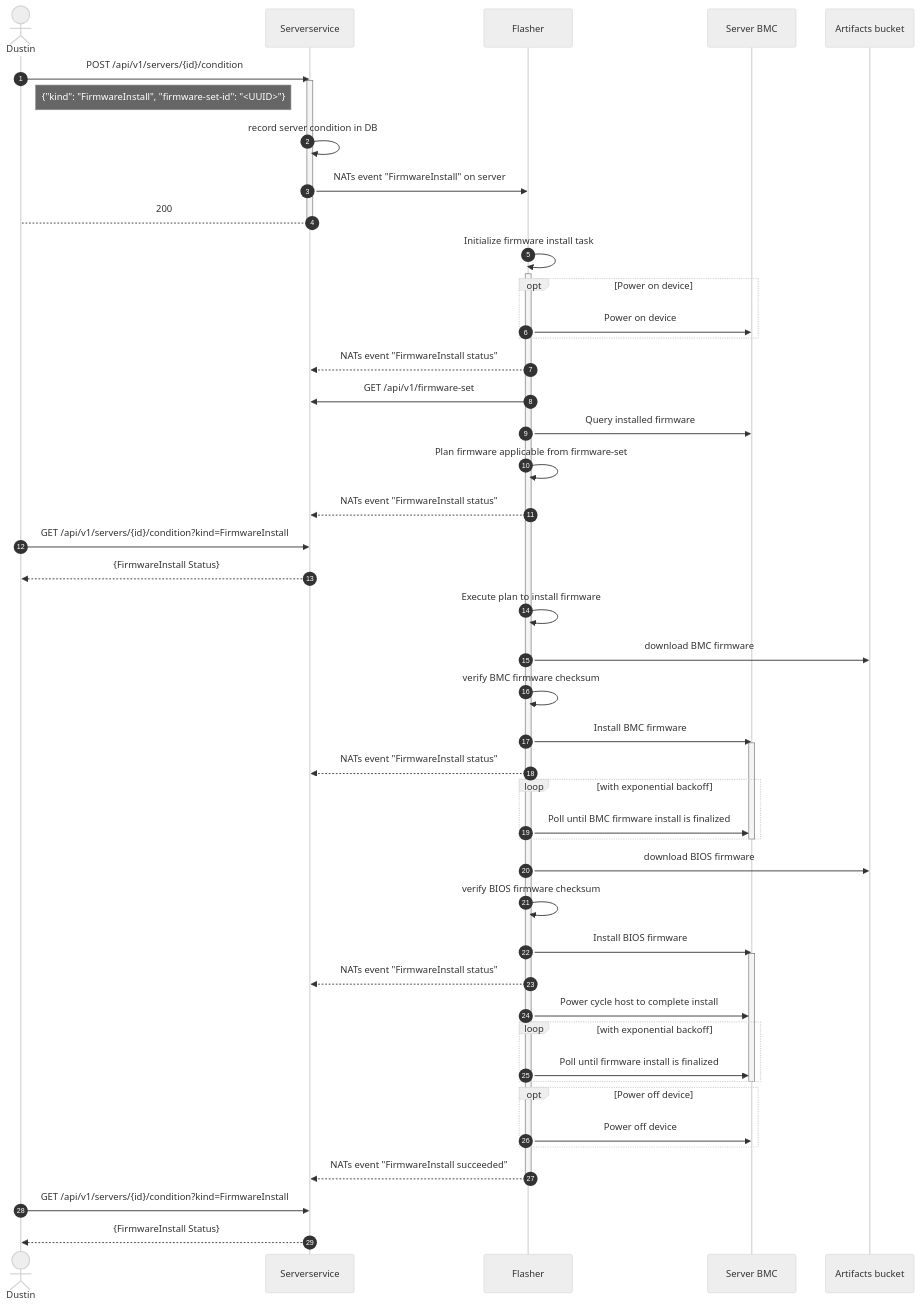
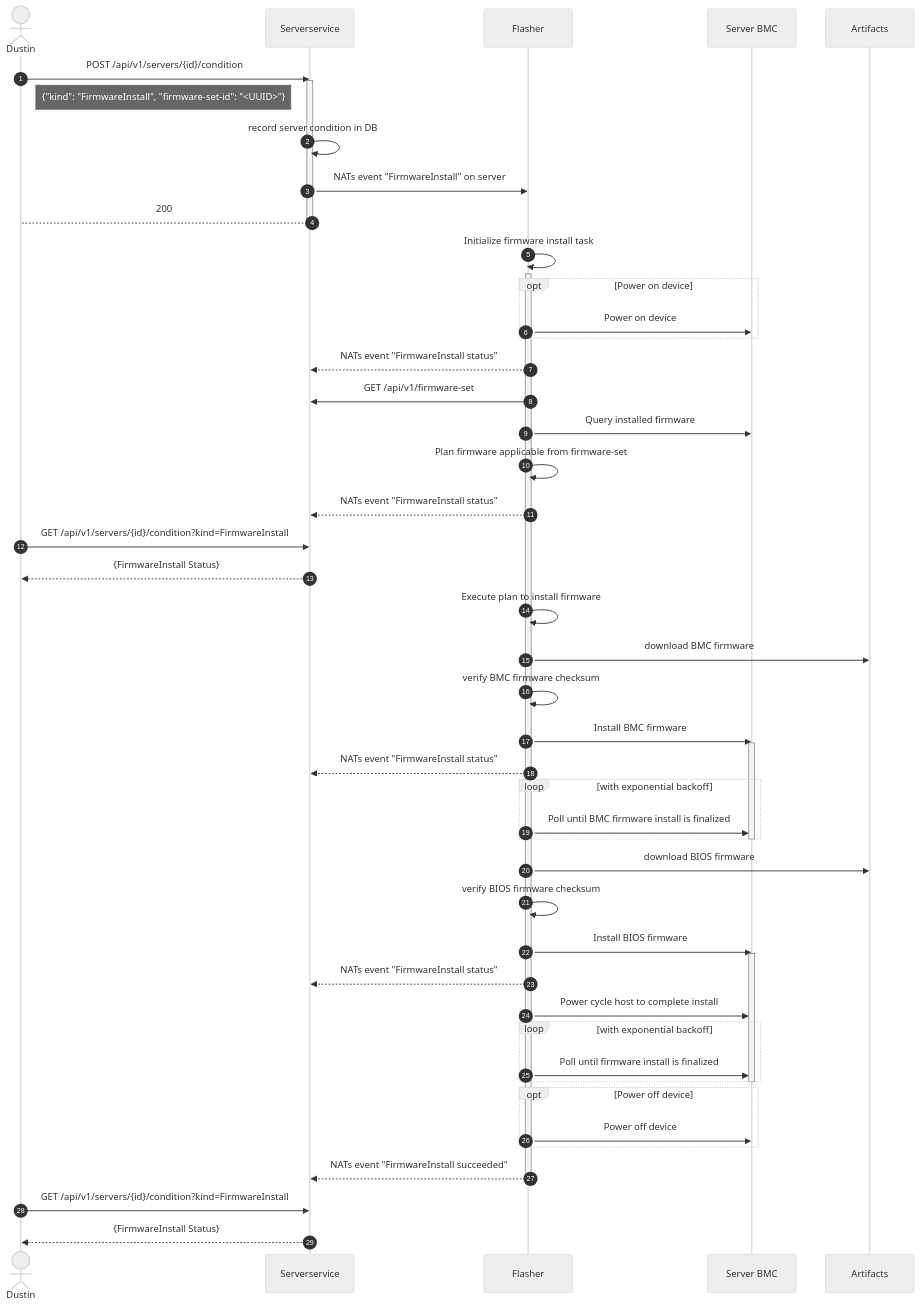
Before and after one commit to metal-toolbox/architecture: the second of 3 diagrams in firmware-install-service.md, drawn with Mermaid (neutral theme). The commit also changed other lines of this file, not shown here.

Commit message:
Update Artifacts node based on feedback

````diff
--- a/firmware-install-service.md
+++ b/firmware-install-service.md
@@ -182,67 +182,67 @@
 ```mermaid
   sequenceDiagram;
     autonumber
     actor Dustin
 
     %% >>>>>>>>>> participants
     participant Serverservice
     participant Flasher
     participant Server BMC
-    participant Artifacts bucket
+    participant Artifacts
 
     %% >>>>>>>>>> interaction
     Dustin->>Serverservice: POST /api/v1/servers/{id}/condition
     activate Serverservice
     Note right of Dustin: {"kind": "FirmwareInstall", "firmware-set-id": "<UUID>"}
     Serverservice->>Serverservice: record server condition in DB
     Serverservice->>Flasher: NATs event "FirmwareInstall" on server
     Serverservice-->Dustin:  200
     deactivate Serverservice
 
     %% >>>>>>>>>> flasher work begins
     Flasher->>Flasher: Initialize firmware install task
     activate Flasher
     opt Power on device
       Flasher->>Server BMC: Power on device
     end
     Flasher-->>Serverservice: NATs event "FirmwareInstall status"
     Flasher->>Serverservice: GET /api/v1/firmware-set
 
     %% >>>>>>>>>> flasher installs BMC firmware
     Flasher->>Server BMC: Query installed firmware
     Flasher->>Flasher: Plan firmware applicable from firmware-set
     Flasher-->>Serverservice: NATs event "FirmwareInstall status"
     Dustin->>Serverservice: GET /api/v1/servers/{id}/condition?kind=FirmwareInstall
     Serverservice-->>Dustin: {FirmwareInstall Status}
     Flasher->>Flasher: Execute plan to install firmware
-    Flasher->>Artifacts bucket: download BMC firmware
+    Flasher->>Artifacts: download BMC firmware
     Flasher->>Flasher: verify BMC firmware checksum
     Flasher->>Server BMC: Install BMC firmware
     activate Server BMC
     Flasher-->>Serverservice: NATs event "FirmwareInstall status"
     loop with exponential backoff
       Flasher->>Server BMC: Poll until BMC firmware install is finalized
     end
     deactivate Server BMC
 
     %% >>>>>>>>>> flasher install BIOS firmware
-    Flasher->>Artifacts bucket: download BIOS firmware
+    Flasher->>Artifacts: download BIOS firmware
     Flasher->>Flasher: verify BIOS firmware checksum
     Flasher->>Server BMC: Install BIOS firmware
     activate Server BMC
     Flasher-->>Serverservice: NATs event "FirmwareInstall status"
     Flasher->>Server BMC: Power cycle host to complete install
     loop with exponential backoff
       Flasher->>Server BMC: Poll until firmware install is finalized
     end
     deactivate Server BMC
 
     %% >>>>>>>>>> flasher work is done
     opt Power off device
       Flasher->>Server BMC: Power off device
     end
     Flasher-->>Serverservice: NATs event "FirmwareInstall succeeded"
     deactivate Flasher
     Dustin->>Serverservice: GET /api/v1/servers/{id}/condition?kind=FirmwareInstall
     Serverservice-->>Dustin: {FirmwareInstall Status}
 ```
````
